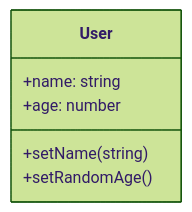
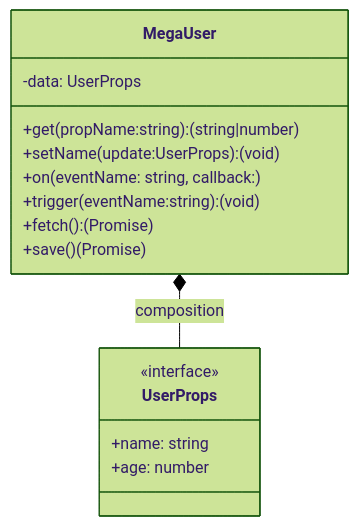
The diagram in README.md (frzhen/typescript-web-framework), drawn with Mermaid (forest theme) before and after one commit. The commit also changed other lines of this file and 4 other files, not shown here.

Commit message:
Added User.ts, UserProps interface and updated README

````diff
--- a/README.md
+++ b/README.md
@@ -33,9 +33,18 @@
 ```mermaid
    classDiagram
-   class User {
+   class MegaUser {
+   -data: UserProps
+   +get(propName:string):(string|number)
+   +setName(update:UserProps):(void)
+   +on(eventName: string, callback:)
+   +trigger(eventName:string):(void)
+   +fetch():(Promise)
+   +save()(Promise)
+   }
+   class UserProps {
+   <<interface>>
    +name: string
    +age: number
-   +setName(string)
-   +setRandomAge()
    }
+   MegaUser *-- UserProps: composition
 ```
````
